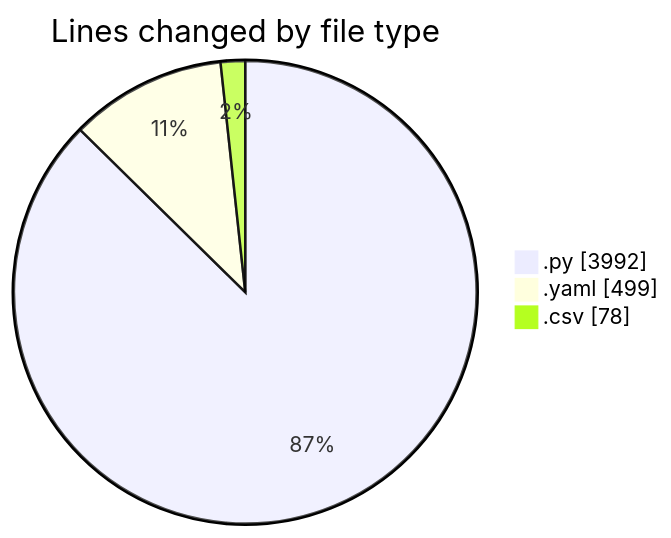
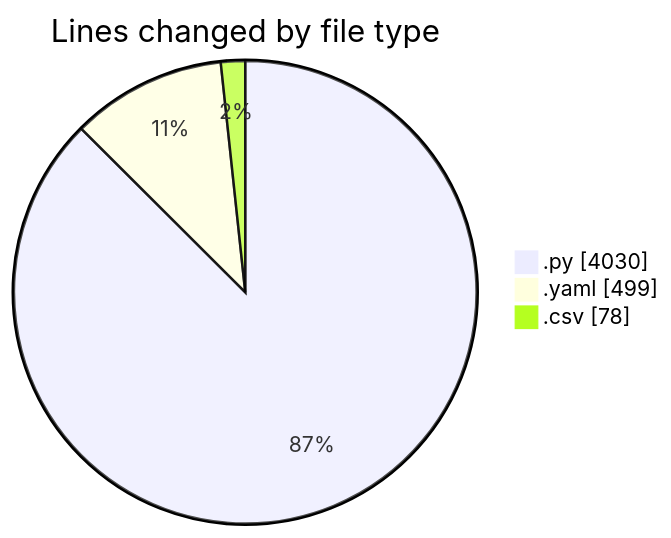
One commit to MatusMokan/code-tracking changed the first of 2 diagrams in 2025-03-01/myws__workspace_/README.md. Above: the diagram before and after it, drawn with Mermaid. The commit also changed other lines of this file and 1 other file, not shown here.

````diff
--- a/2025-03-01/myws__workspace_/README.md
+++ b/2025-03-01/myws__workspace_/README.md
@@ -31,7 +31,7 @@
 ```mermaid
 pie showData
 title Lines changed by file type
-".py" : 3992
+".py" : 4030
 ".yaml" : 499
 ".csv" : 78
 ```
````
